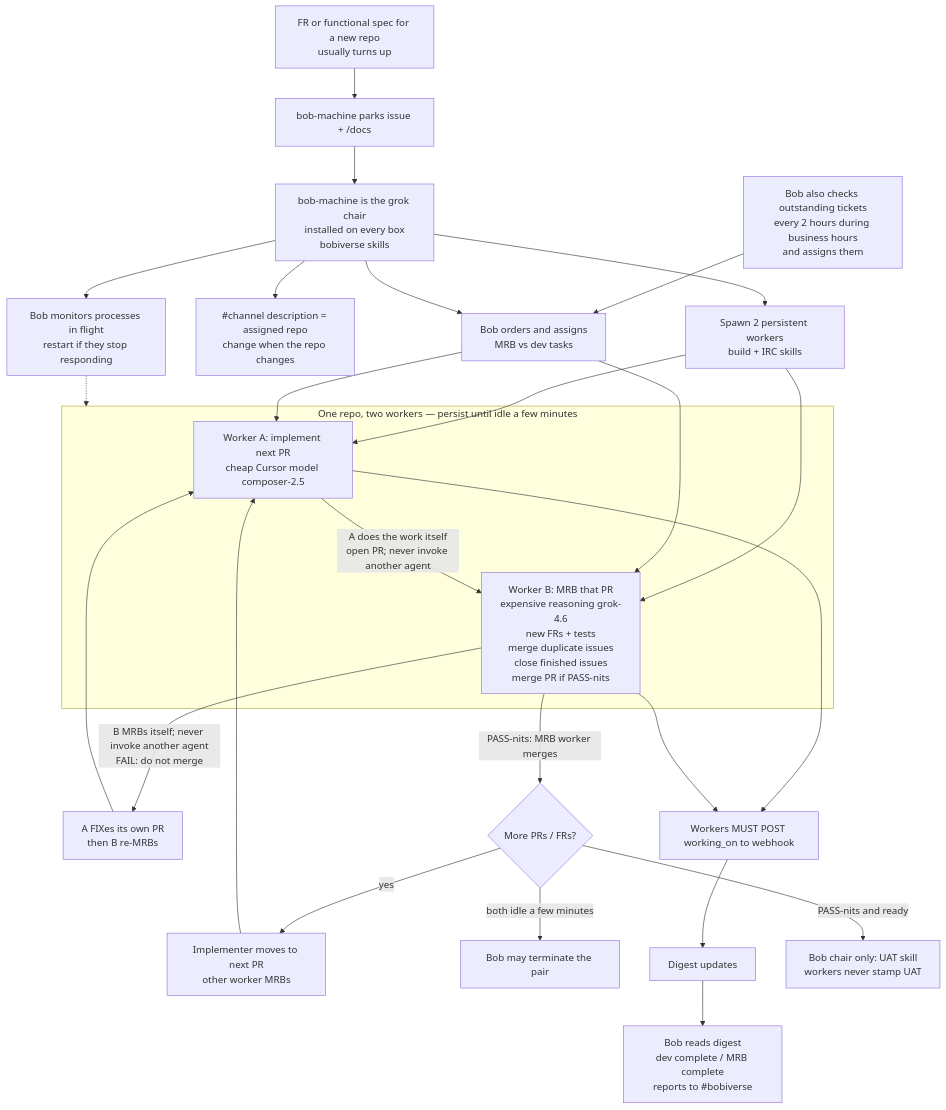
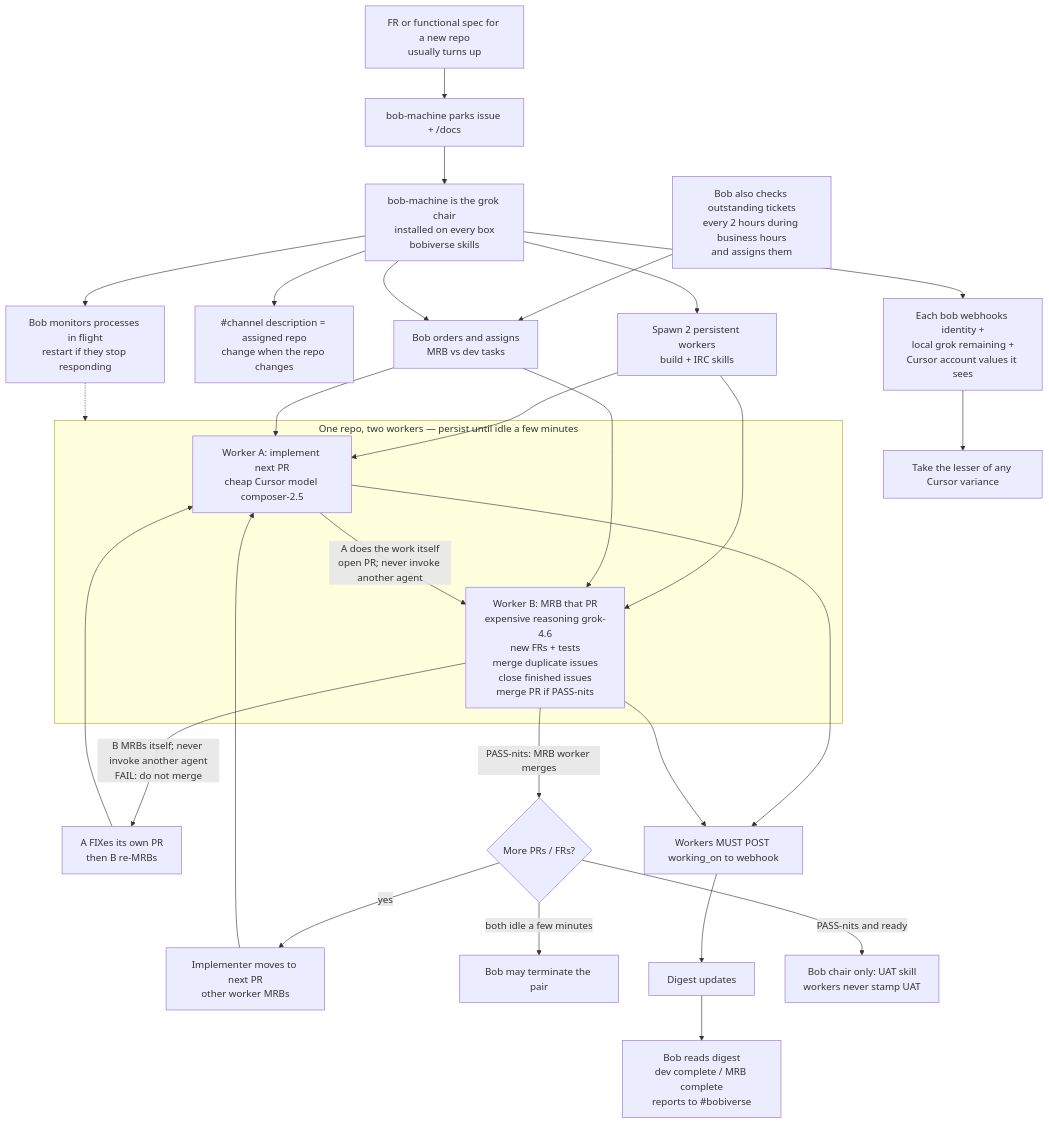
One commit to SimonBarnett/agentic_build changed the diagram in README.md. Above: the diagram before and after it, drawn with Mermaid. The commit also changed 2 other files, not shown here.

Commit message:
docs: each bob webhooks identity, local grok, Cursor min

````diff
--- a/README.md
+++ b/README.md
@@ -68,36 +68,38 @@
 ```mermaid
 flowchart TB
   IN["FR or functional spec for a new repo\nusually turns up"]
   IN --> PARK["bob-machine parks issue + /docs"]
   PARK --> CHAIR["bob-machine is the grok chair\ninstalled on every box\nbobiverse skills"]
   TIX["Bob also checks outstanding tickets\nevery 2 hours during business hours\nand assigns them"]
   TIX --> ASSIGN
   CHAIR --> DESC["#channel description = assigned repo\nchange when the repo changes"]
   CHAIR --> PAIR["Spawn 2 persistent workers\nbuild + IRC skills"]
   CHAIR --> ASSIGN["Bob orders and assigns\nMRB vs dev tasks"]
   CHAIR --> MON["Bob monitors processes in flight\nrestart if they stop responding"]
+  CHAIR --> USE["Each bob webhooks identity +\nlocal grok remaining +\nCursor account values it sees"]
+  USE --> MIN["Take the lesser of any Cursor variance"]
 
   subgraph PAIRBOX["One repo, two workers — persist until idle a few minutes"]
     WA["Worker A: implement next PR\ncheap Cursor model composer-2.5"]
     WB["Worker B: MRB that PR\nexpensive reasoning grok-4.6\nnew FRs + tests\nmerge duplicate issues\nclose finished issues\nmerge PR if PASS-nits"]
   end
 
   PAIR --> WA
   PAIR --> WB
   ASSIGN --> WA
   ASSIGN --> WB
   MON -.-> PAIRBOX
   WA -->|"A does the work itself\nopen PR; never invoke another agent"| WB
   WB -->|"B MRBs itself; never invoke another agent\nFAIL: do not merge"| FIX["A FIXes its own PR\nthen B re-MRBs"]
   FIX --> WA
   WB -->|"PASS-nits: MRB worker merges"| NEXT{"More PRs / FRs?"}
   NEXT -->|yes| SWAP["Implementer moves to next PR\nother worker MRBs"]
   SWAP --> WA
   NEXT -->|both idle a few minutes| STOP["Bob may terminate the pair"]
 
   WA --> POST["Workers MUST POST working_on to webhook"]
   WB --> POST
   POST --> DIG["Digest updates"]
   DIG --> SAY["Bob reads digest\ndev complete / MRB complete\nreports to #bobiverse"]
   NEXT -->|PASS-nits and ready| UAT["Bob chair only: UAT skill\nworkers never stamp UAT"]
 ```
````
